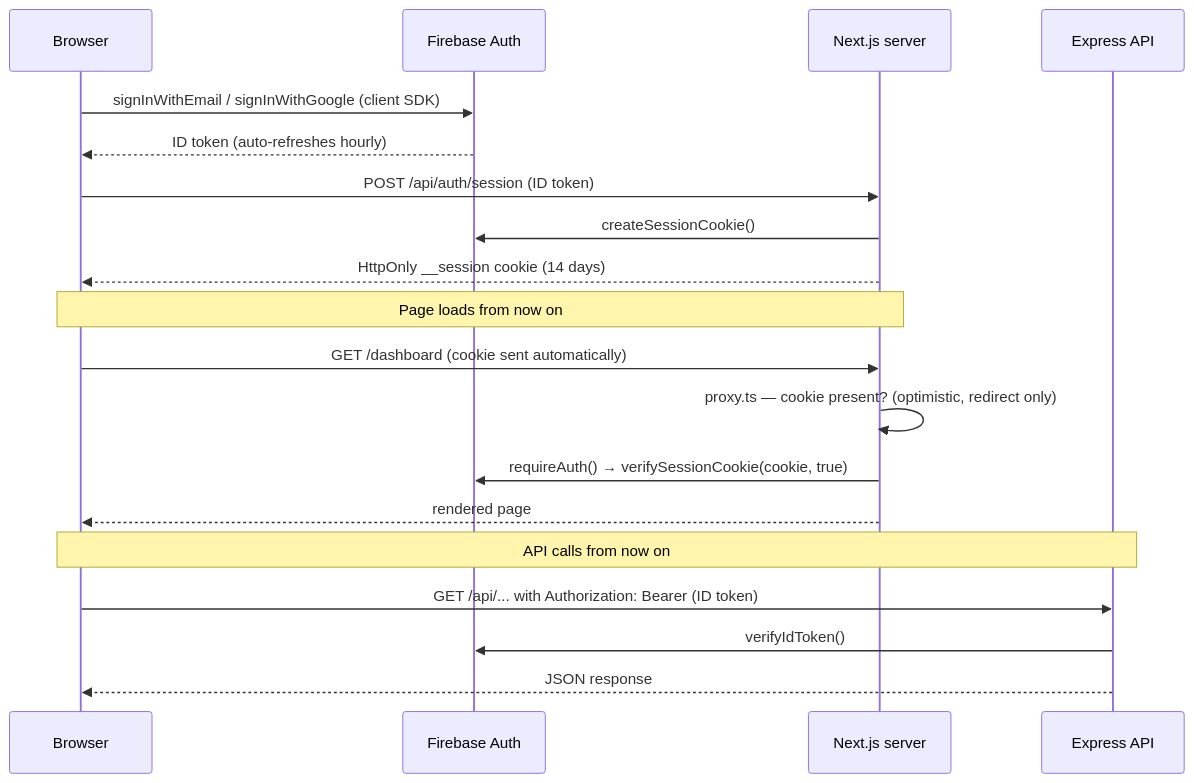
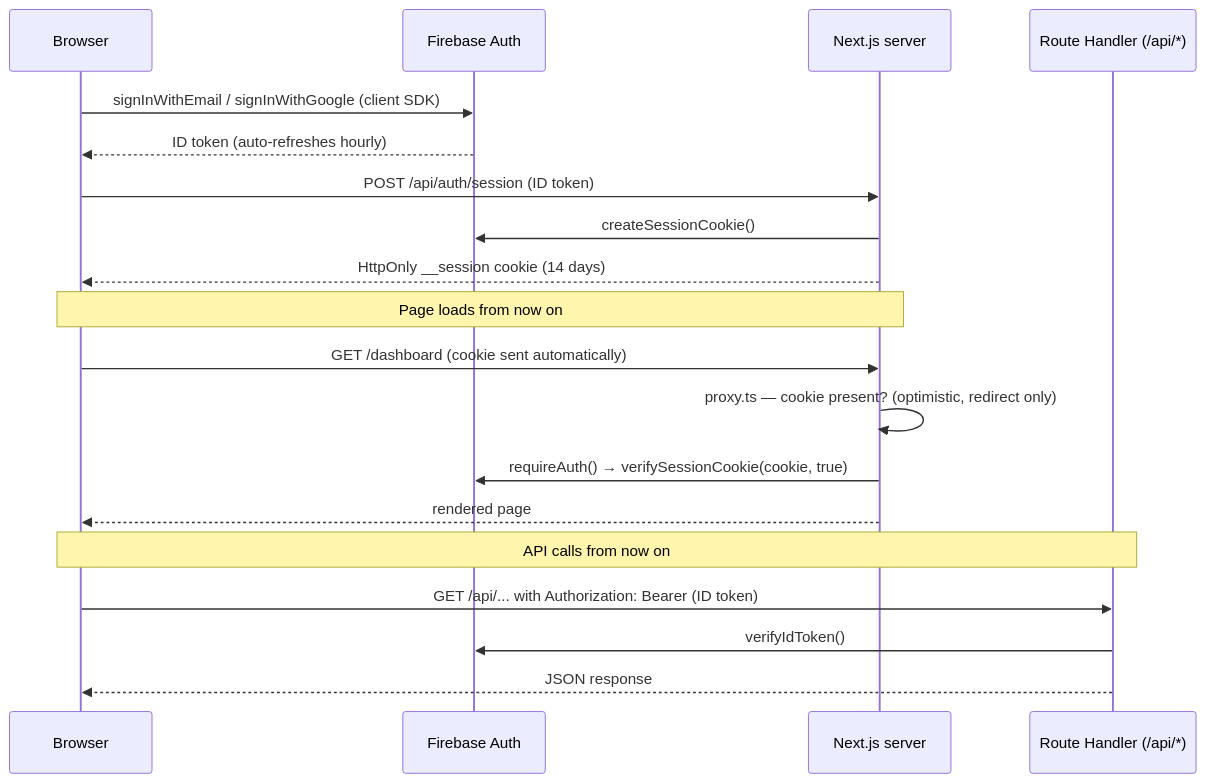
One commit to Jason6322/46-Client-and-PRM-Team-B changed the second of 2 diagrams in docs/ARCHITECTURE.md. Above: the diagram before and after it, drawn with Mermaid. The commit also changed other lines of this file and 60 other files, not shown here.

````diff
--- a/docs/ARCHITECTURE.md
+++ b/docs/ARCHITECTURE.md
@@ -49,24 +46,24 @@
 ```mermaid
 sequenceDiagram
     participant B as Browser
     participant FA as Firebase Auth
     participant N as Next.js server
-    participant A as Express API
+    participant A as Route Handler (/api/*)
 
     B->>FA: signInWithEmail / signInWithGoogle (client SDK)
     FA-->>B: ID token (auto-refreshes hourly)
     B->>N: POST /api/auth/session (ID token)
     N->>FA: createSessionCookie()
     N-->>B: HttpOnly __session cookie (14 days)
 
     Note over B,N: Page loads from now on
     B->>N: GET /dashboard (cookie sent automatically)
     N->>N: proxy.ts — cookie present? (optimistic, redirect only)
     N->>FA: requireAuth() → verifySessionCookie(cookie, true)
     N-->>B: rendered page
 
     Note over B,A: API calls from now on
     B->>A: GET /api/... with Authorization: Bearer (ID token)
     A->>FA: verifyIdToken()
     A-->>B: JSON response
 ```
````
